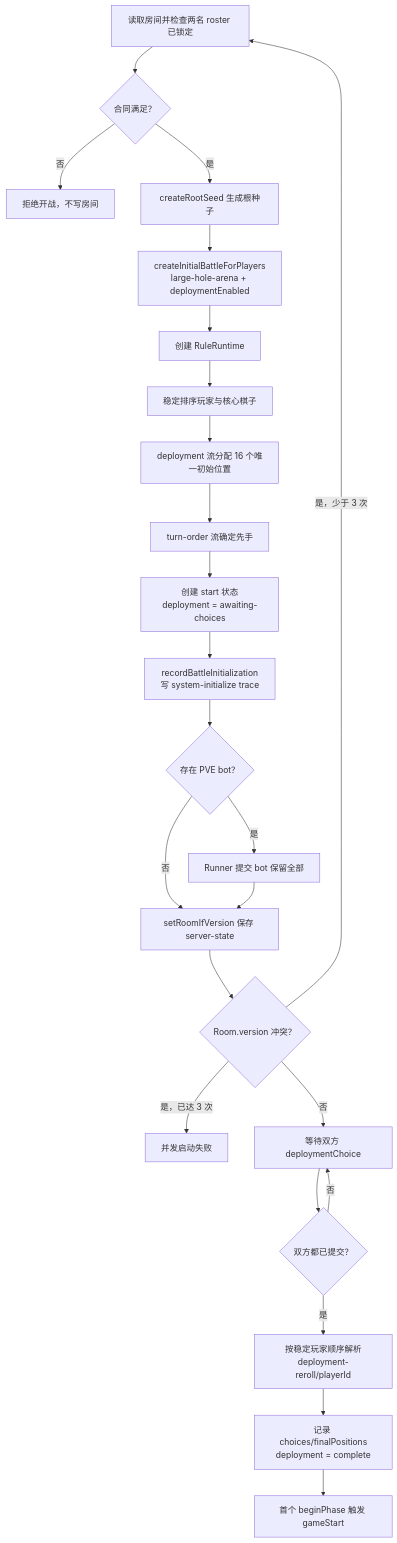
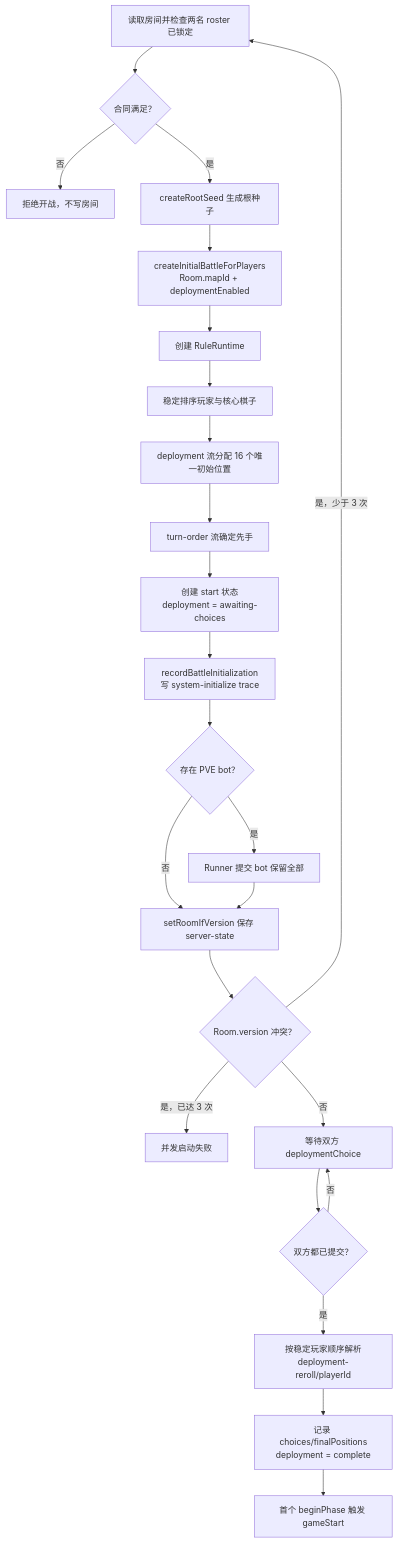
The second of 5 diagrams in docs/technical/GAME_LOGIC_SYSTEM.md (longaadream/Red_VS_Blue), drawn with Mermaid before and after one commit. The commit also changed other lines of this file and 73 other files, not shown here.

````diff
--- a/docs/technical/GAME_LOGIC_SYSTEM.md
+++ b/docs/technical/GAME_LOGIC_SYSTEM.md
@@ -339,26 +341,26 @@
 ```mermaid
 flowchart TD
   Start["读取房间并检查两名 roster 已锁定"] --> Ready{"合同满足？"}
   Ready -->|否| Reject["拒绝开战，不写房间"]
   Ready -->|是| Seed["createRootSeed 生成根种子"]
-  Seed --> Setup["createInitialBattleForPlayers<br/>large-hole-arena + deploymentEnabled"]
+  Seed --> Setup["createInitialBattleForPlayers<br/>Room.mapId + deploymentEnabled"]
   Setup --> Runtime["创建 RuleRuntime"]
   Runtime --> Stable["稳定排序玩家与核心棋子"]
   Stable --> Deploy["deployment 流分配 16 个唯一初始位置"]
   Deploy --> First["turn-order 流确定先手"]
   First --> State["创建 start 状态<br/>deployment = awaiting-choices"]
   State --> Trace["recordBattleInitialization<br/>写 system-initialize trace"]
   Trace --> Bot{"存在 PVE bot？"}
   Bot -->|是| BotKeep["Runner 提交 bot 保留全部"]
   Bot -->|否| Save
   BotKeep --> Save["setRoomIfVersion 保存 server-state"]
   Save --> Conflict{"Room.version 冲突？"}
   Conflict -->|是，少于 3 次| Start
   Conflict -->|是，已达 3 次| Fail["并发启动失败"]
   Conflict -->|否| Await["等待双方 deploymentChoice"]
   Await --> Both{"双方都已提交？"}
   Both -->|否| Await
   Both -->|是| Reroll["按稳定玩家顺序解析<br/>deployment-reroll/playerId"]
   Reroll --> Complete["记录 choices/finalPositions<br/>deployment = complete"]
   Complete --> Begin["首个 beginPhase 触发 gameStart"]
 ```
````
